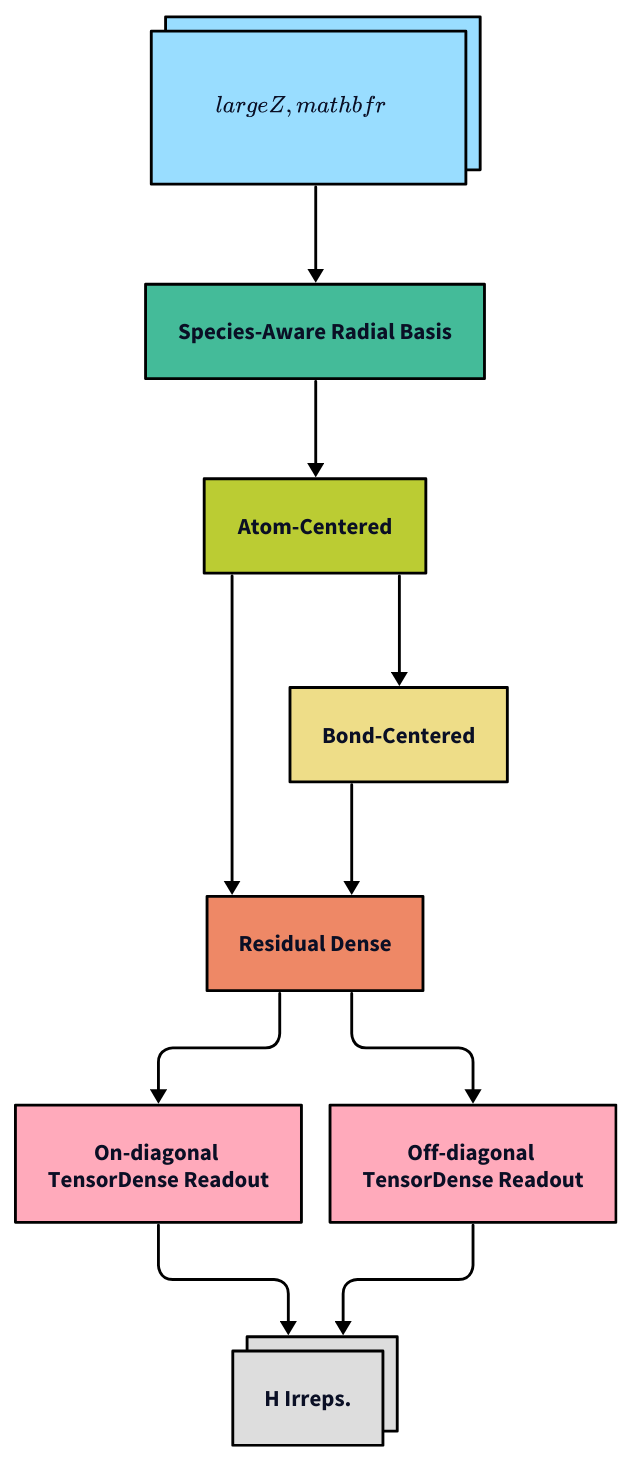
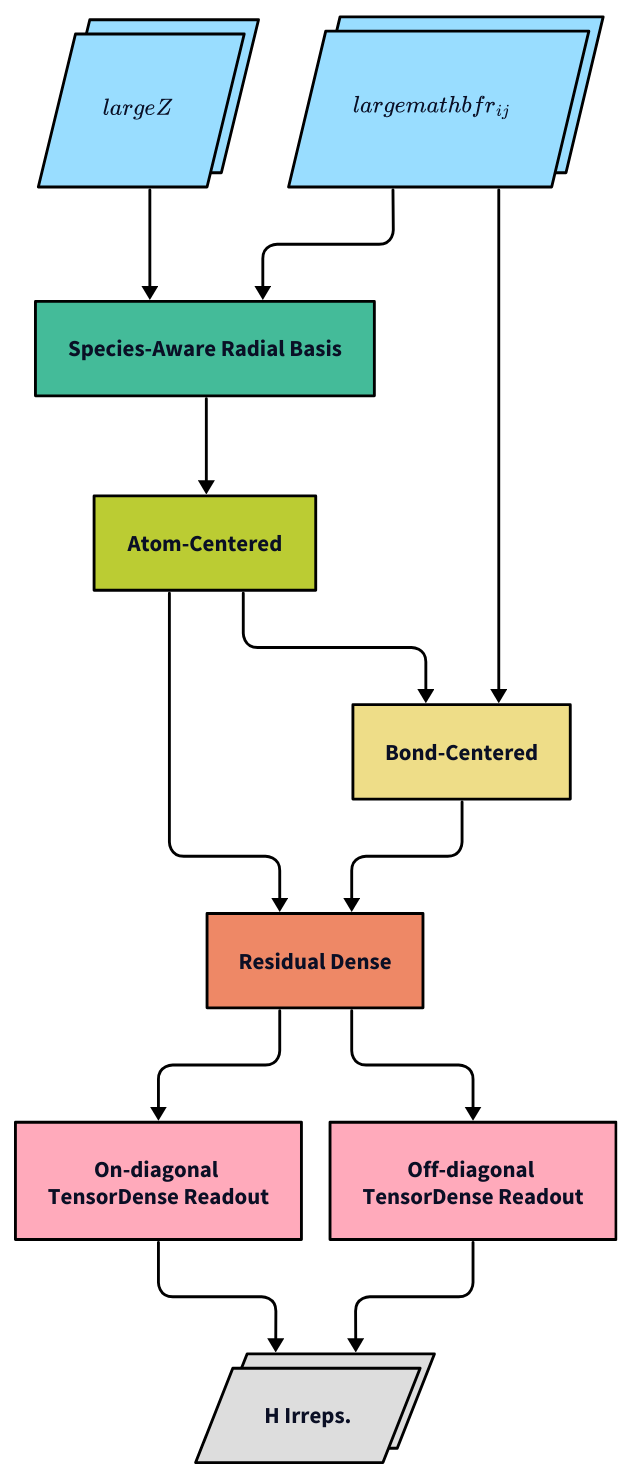
One commit to SamsungDS/gears_h changed the diagram in architecture_figures/0_overview.d2. Above: the diagram before and after it, drawn with D2. The commit also changed 1 other file, not shown here.

Commit message:
Change shape of input/output data blocks.

```diff
--- a/architecture_figures/0_overview.d2
+++ b/architecture_figures/0_overview.d2
@@ -1,108 +1,118 @@
+# direction: right
 vars: {
   d2-config: {
     layout-engine: elk
     # theme-id: 200
     pad: 10
   }
 }
 
 # ins: {equation: |latex 
 #         Z_i, Z_j, r_{ij}|
 # }
-ins: {
+z: {
   label: ""
   equation: |latex
-    \large{Z,\ \mathbf{r}}
+    \large{Z}
   |
   class: input
 }
+r: {label: ""
+    equation: |latex
+        \large{\mathbf{r}_{ij}}
+    |
+    class: input}
 # ins.class: input
 sarb: Species-Aware Radial Basis {class: sarb}
 ac: Atom-Centered {class: ac}
 bc: Bond-Centered {class: bc}
 rd: Residual Dense {class: rd}
 ondro: On-diagonal \nTensorDense Readout {class: ro}
 offdro: Off-diagonal \nTensorDense Readout {class: ro}
 outs: H Irreps. {class: outs}
 # sarb.class: sarb
 
 ac -> rd: {style: {stroke: "#000000"}}
-ins -> sarb -> ac -> bc -> rd: {style: {stroke: "#000000"}}
+z -> sarb -> ac -> bc -> rd: {style: {stroke: "#000000"}}
+r -> sarb: {style: {stroke: "#000000"}}
+r -> bc: {style: {stroke: "#000000"}}
 rd -> ondro -> outs: {style: {stroke: "#000000"}}
 rd -> offdro -> outs: {style: {stroke: "#000000"}}
 # sarb -> ac: {style: {stroke: "#000000"}}
 # ac -> bc: {style: {stroke: "#000000"}}
 # bc -> rd
 
 classes: {
   empty: {
     label: ""
     width: 50
     height: 50
     style: {
       fill: transparent
       stroke: transparent
     }
   }
   sarb: {
     style: {
       fill: "#44BB99"
       stroke: "#000000"
     }
   }
   ac: {
     style: {
       fill: "#BBCC33"
       stroke: "#000000"
     }
   }
   bc: {
     style: {
       fill: "#EEDD88"
       stroke: "#000000"
     }
   }
   rd: {
     style: {
       fill: "#EE8866"
       stroke: "#000000"
     }
   }
   ro: {
     style: {
       fill: "#FFAABB"
       stroke: "#000000"
     }
   }
   outs: {
     style: {
       fill: "#DDDDDD"
       stroke: "#000000"
       multiple: true
     }
+    shape: parallelogram
   }
   input: {
     # label: ""
     width: 50
     height: 50
+    shape: parallelogram
     style: {
       fill: "#99DDFF"
       stroke: "#000000"
       multiple: true
     }
   }
 }
 
 # if colorset == 'light':
 #     cset = namedtuple('Lcset',
 #                     'light_blue orange    light_yellow pink    light_cyan 
 #                      mint      pear       olive      pale_grey black')
 #         return cset('#77AADD', '#EE8866', '#EEDD88', '#FFAABB', '#99DDFF',
 #                     '#44BB99', '#BBCC33', '#AAAA00', '#DDDDDD', '#000000')
 
 # if colorset == 'bright':
 #         cset = namedtuple('Bcset',
 #                     'blue      red        green      yellow     cyan
 #                     purple     grey       black')
 #         return cset('#4477AA', '#EE6677', '#228833', '#CCBB44', '#66CCEE',
 #                     '#AA3377', '#BBBBBB', '#000000')
```
